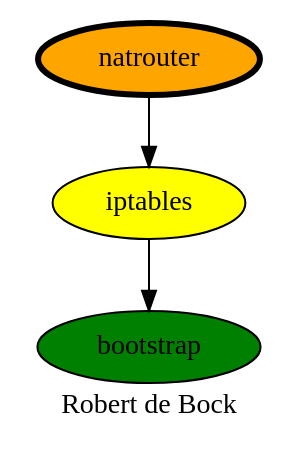
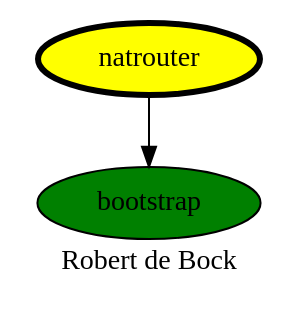
One commit to robertdebock/drawings changed the diagram in natrouter.dot. Above: the diagram before and after it, drawn with Graphviz. The commit also changed 2 other files, not shown here.

Commit message:
No more iptables

```diff
--- a/natrouter.dot
+++ b/natrouter.dot
@@ -1,11 +1,9 @@
 digraph PhiloDilemma {
   label = "Robert de Bock" ;
   overlap=false
   {
     bootstrap [fillcolor=green style=filled]
-    iptables [fillcolor=yellow style=filled]
-    natrouter [fillcolor=orange style=filled penwidth=3]
+    natrouter [fillcolor=yellow style=filled penwidth=3]
   }
-  iptables -> bootstrap
-  natrouter -> iptables
+  natrouter -> bootstrap
 }
```
